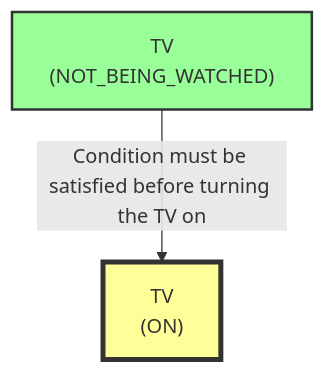
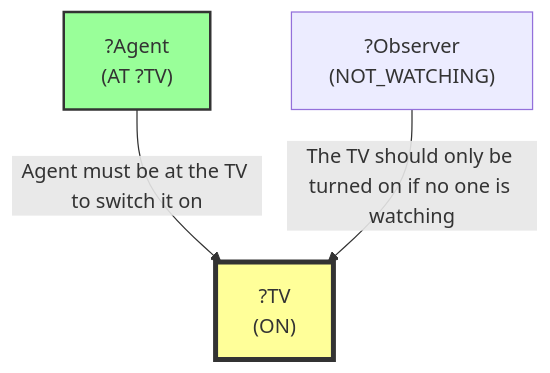
The third of 10 diagrams in evaluation/results/table2/robostate/non_stationarity/high/E_DYN_G02_S3_high/run_E_DYN_G02_S3_high.md (scuama/virtualhome), drawn with Mermaid before and after one commit. The commit also changed other lines of this file and 108 other files, not shown here.

````diff
--- a/evaluation/results/table2/robostate/non_stationarity/high/E_DYN_G02_S3_high/run_E_DYN_G02_S3_high.md
+++ b/evaluation/results/table2/robostate/non_stationarity/high/E_DYN_G02_S3_high/run_E_DYN_G02_S3_high.md
@@ -387,8 +228,10 @@
 ```mermaid
 graph TD
-    N1["TV<br>(ON)"]
+    N1["?TV<br>(ON)"]
     style N1 fill:#ff9,stroke:#333,stroke-width:4px
-    N2["TV<br>(NOT_BEING_WATCHED)"]
-    style N2 fill:#9f9,stroke:#333,stroke-width:2px
-    N2 -->|"Condition must be satisfied before turning the TV on"| N1
+    N2["?Observer<br>(NOT_WATCHING)"]
+    N3["?Agent<br>(AT ?TV)"]
+    style N3 fill:#9f9,stroke:#333,stroke-width:2px
+    N3 -->|"Agent must be at the TV to switch it on"| N1
+    N2 -->|"The TV should only be turned on if no one is watching"| N1
 ```
````
